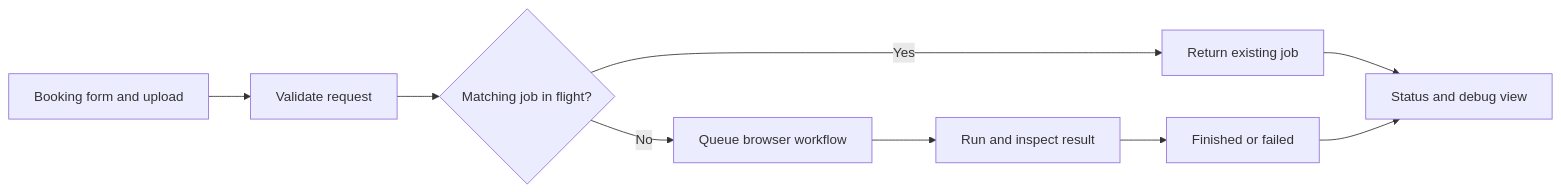
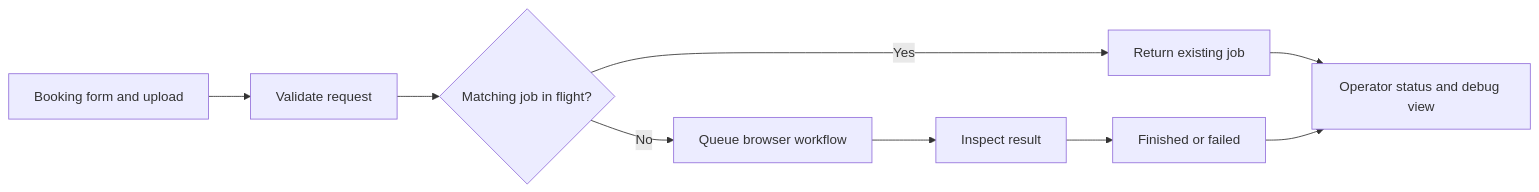
One commit to saraaward/bookingbot-showcase changed the diagram in README.md. Above: the diagram before and after it, drawn with Mermaid. The commit also changed other lines of this file, not shown here.

````diff
--- a/README.md
+++ b/README.md
@@ -19,11 +53,11 @@
 ```mermaid
 flowchart LR
     A[Booking form and upload] --> B[Validate request]
     B --> C{Matching job in flight?}
     C -->|Yes| D[Return existing job]
     C -->|No| E[Queue browser workflow]
-    E --> F[Run and inspect result]
+    E --> F[Inspect result]
     F --> G[Finished or failed]
-    D --> H[Status and debug view]
+    D --> H[Operator status and debug view]
     G --> H
 ```
````
